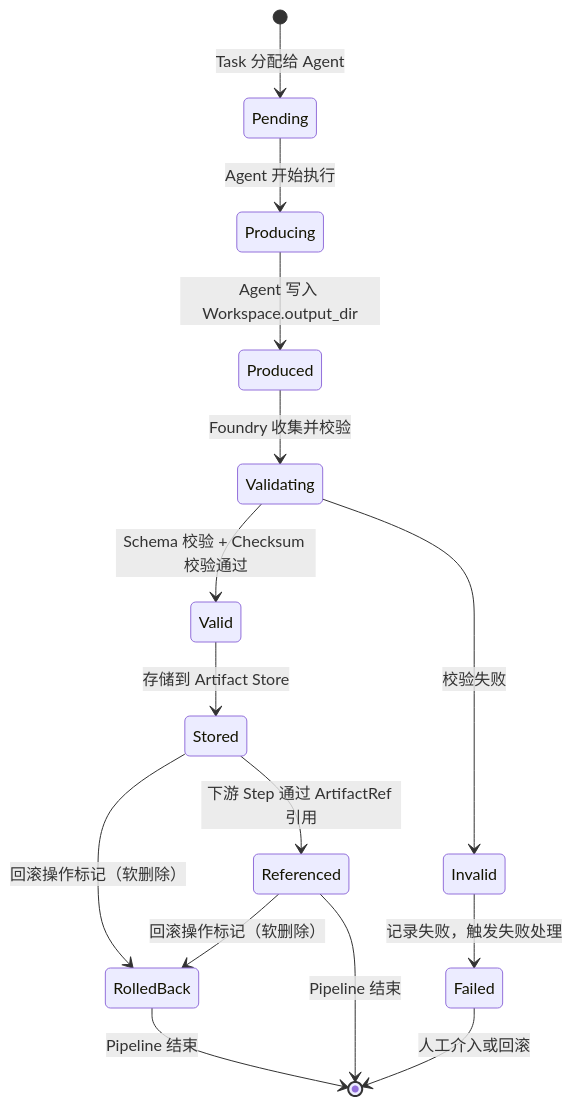
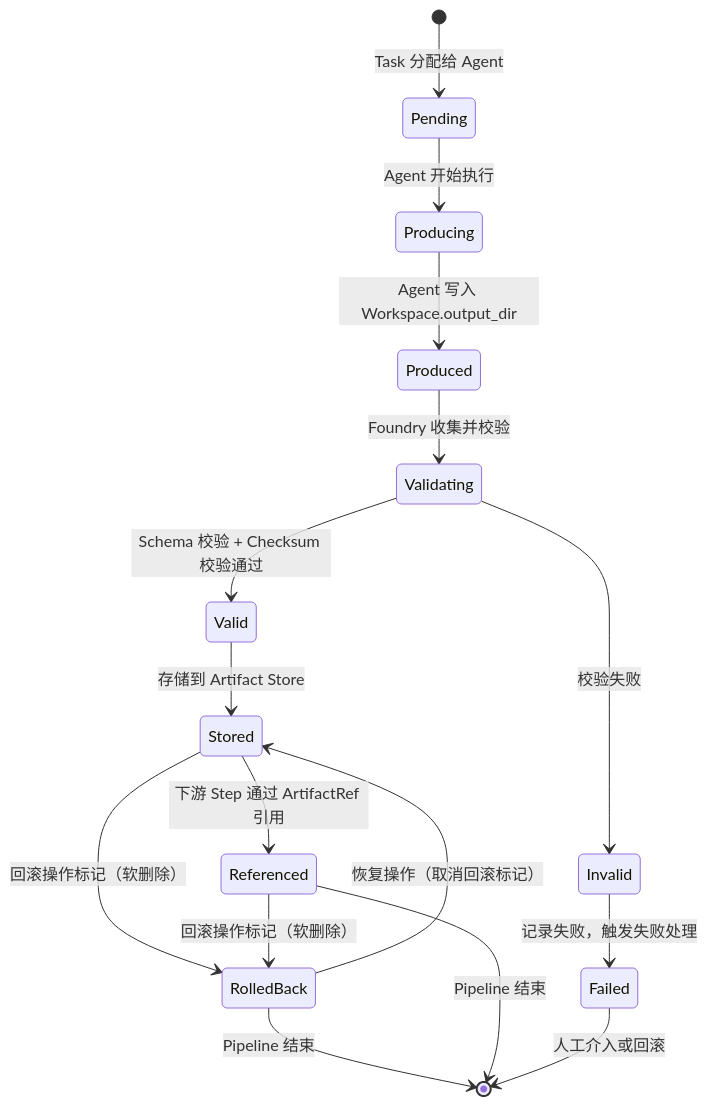
Before and after one commit to xielforever/Foundry: the second of 2 diagrams in docs/design/task_artifact_data_model.md, drawn with Mermaid. The commit also changed other lines of this file and 12 other files, not shown here.

````diff
--- a/docs/design/task_artifact_data_model.md
+++ b/docs/design/task_artifact_data_model.md
@@ -444,17 +444,18 @@
 ```mermaid
 stateDiagram-v2
     [*] --> Pending: Task 分配给 Agent
     Pending --> Producing: Agent 开始执行
     Producing --> Produced: Agent 写入 Workspace.output_dir
     Produced --> Validating: Foundry 收集并校验
     Validating --> Valid: Schema 校验 + Checksum 校验通过
     Validating --> Invalid: 校验失败
     Invalid --> Failed: 记录失败，触发失败处理
     Valid --> Stored: 存储到 Artifact Store
     Stored --> Referenced: 下游 Step 通过 ArtifactRef 引用
     Stored --> RolledBack: 回滚操作标记（软删除）
     Referenced --> RolledBack: 回滚操作标记（软删除）
+    RolledBack --> Stored: 恢复操作（取消回滚标记）
     RolledBack --> [*]: Pipeline 结束
     Referenced --> [*]: Pipeline 结束
     Failed --> [*]: 人工介入或回滚
 ```
````
